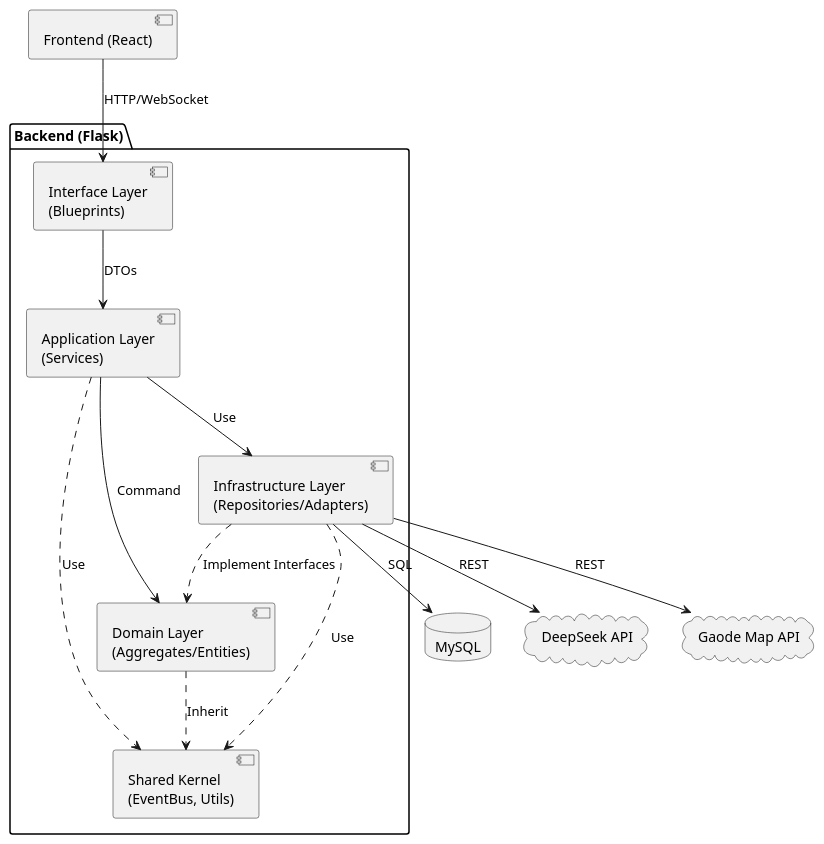
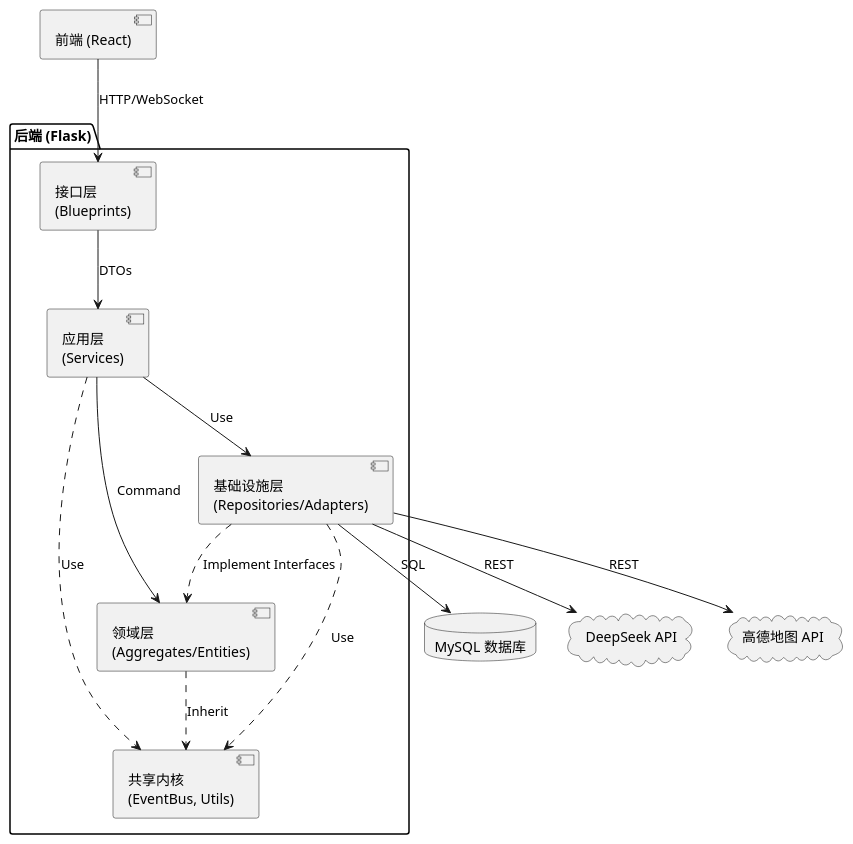
Before and after one commit to maroonxv/TravelShare: the diagram in doc/design/architecture_design/development_view.md, drawn with PlantUML. The commit also changed other lines of this file and 59 other files, not shown here.

````diff
--- a/doc/design/architecture_design/development_view.md
+++ b/doc/design/architecture_design/development_view.md
@@ -87,32 +84,32 @@
 ```plantuml
 @startuml
-component "Frontend (React)" as FE
+component "前端 (React)" as FE
 
-package "Backend (Flask)" {
-    component "Interface Layer\n(Blueprints)" as View
-    component "Application Layer\n(Services)" as AppService
-    component "Domain Layer\n(Aggregates/Entities)" as Domain
-    component "Infrastructure Layer\n(Repositories/Adapters)" as Infra
+package "后端 (Flask)" {
+    component "接口层\n(Blueprints)" as View
+    component "应用层\n(Services)" as AppService
+    component "领域层\n(Aggregates/Entities)" as Domain
+    component "基础设施层\n(Repositories/Adapters)" as Infra
     
-    component "Shared Kernel\n(EventBus, Utils)" as Shared
+    component "共享内核\n(EventBus, Utils)" as Shared
 }
 
-database "MySQL" as DB
+database "MySQL 数据库" as DB
 cloud "DeepSeek API" as LLM
-cloud "Gaode Map API" as Map
+cloud "高德地图 API" as Map
 
 FE --> View : HTTP/WebSocket
 View --> AppService : DTOs
 AppService --> Domain : Command
 AppService --> Infra : Use
 Infra ..> Domain : Implement Interfaces
 Infra --> DB : SQL
 Infra --> LLM : REST
 Infra --> Map : REST
 
 AppService ..> Shared : Use
 Domain ..> Shared : Inherit
 Infra ..> Shared : Use
 
 @enduml
 ```
````
